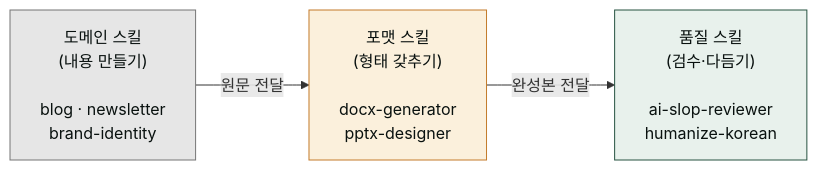
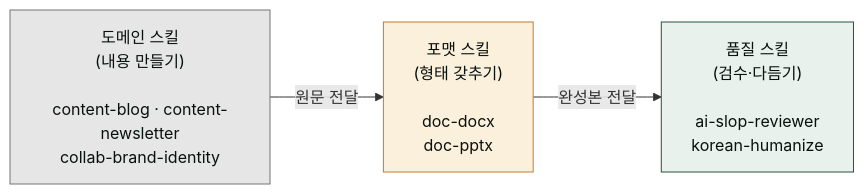
The fifth of 5 diagrams in www/content/cookbook/tracks/track-marketing.md (modu-ai/cowork-plugins), drawn with Mermaid before and after one commit. The commit also changed other lines of this file and 45 other files, not shown here.

First line of the commit message:
docs(www): 스킬명 정합 + 깨진 링크 수정 + mermaid 보강

````diff
--- a/www/content/cookbook/tracks/track-marketing.md
+++ b/www/content/cookbook/tracks/track-marketing.md
@@ -268,13 +268,13 @@
 ```mermaid
 flowchart LR
-   D["도메인 스킬<br/>(내용 만들기)<br/><br/>blog · newsletter<br/>brand-identity"]
-   F["포맷 스킬<br/>(형태 갖추기)<br/><br/>docx-generator<br/>pptx-designer"]
-   Q["품질 스킬<br/>(검수·다듬기)<br/><br/>ai-slop-reviewer<br/>humanize-korean"]
+   D["도메인 스킬<br/>(내용 만들기)<br/><br/>content-blog · content-newsletter<br/>collab-brand-identity"]
+   F["포맷 스킬<br/>(형태 갖추기)<br/><br/>doc-docx<br/>doc-pptx"]
+   Q["품질 스킬<br/>(검수·다듬기)<br/><br/>ai-slop-reviewer<br/>korean-humanize"]
 
    D -->|"원문 전달"| F
    F -->|"완성본 전달"| Q
 
    style D fill:#e6e6e6,stroke:#757575,color:#09110f
    style F fill:#fbf0dc,stroke:#c47b2a,color:#09110f
    style Q fill:#e8f1ec,stroke:#265240,color:#09110f
 ```
````
